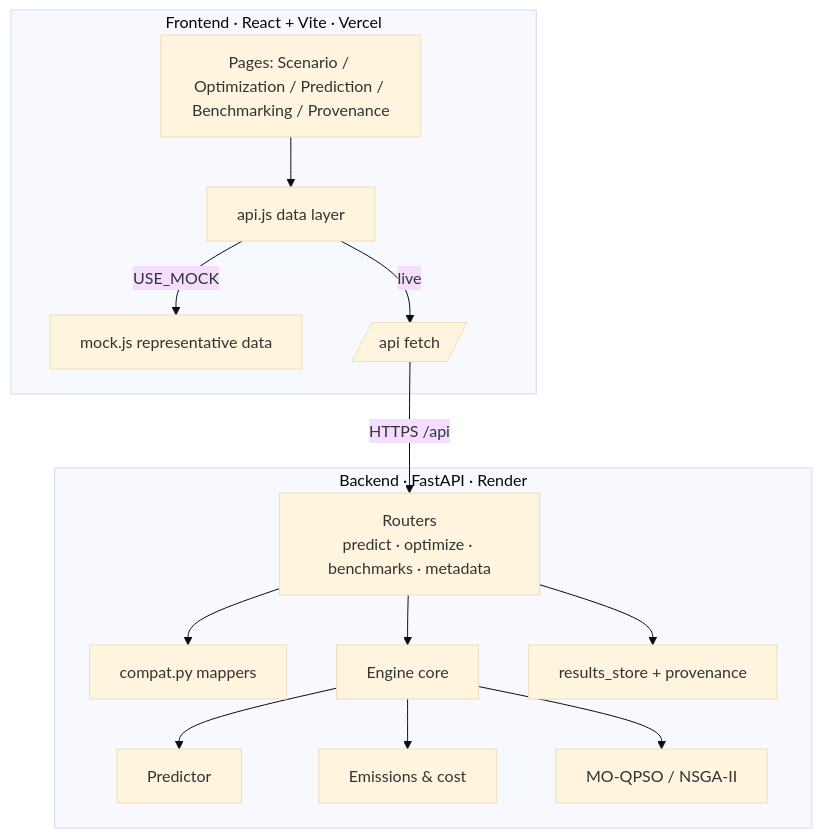
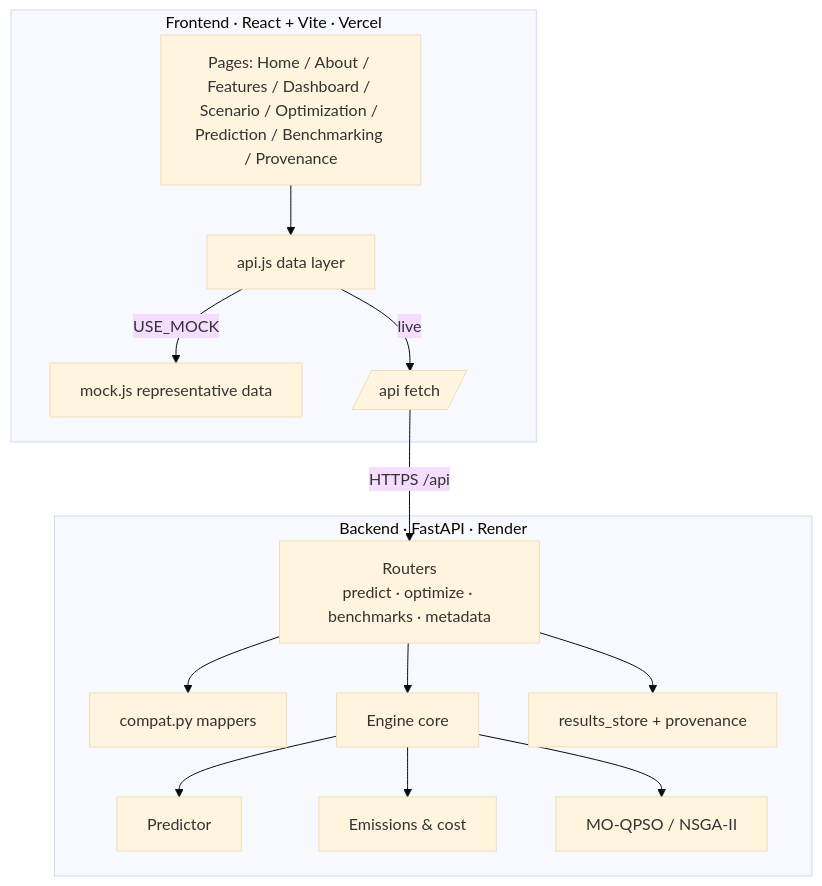
The diagram in handbook/02-ARCHITECTURE.md (BhavyaSoni21/Q-Flow), drawn with Mermaid (base theme) before and after one commit. The commit also changed 4 other files, not shown here.

Commit message:
docs: update handbook and README with dedicated About/Features pages, multi-vessel fleet UI, and latest compliance data

````diff
--- a/handbook/02-ARCHITECTURE.md
+++ b/handbook/02-ARCHITECTURE.md
@@ -5,19 +5,19 @@
 ```mermaid
 flowchart TB
     subgraph FE[Frontend · React + Vite · Vercel]
-      UI[Pages: Scenario / Optimization / Prediction / Benchmarking / Provenance]
+      UI[Pages: Home / About / Features / Dashboard / Scenario / Optimization / Prediction / Benchmarking / Provenance]
       UI --> DL[api.js data layer]
       DL -->|USE_MOCK| MOCK[mock.js representative data]
       DL -->|live| HTTP[/api fetch/]
     end
     subgraph BE[Backend · FastAPI · Render]
       RT[Routers<br/>predict · optimize · benchmarks · metadata]
       RT --> CMP[compat.py mappers]
       RT --> ENG[Engine core]
       ENG --> PRED[Predictor]
       ENG --> EMIT[Emissions & cost]
       ENG --> OPT[MO-QPSO / NSGA-II]
       RT --> STORE[results_store + provenance]
     end
     HTTP -->|HTTPS /api| RT
 ```
````
